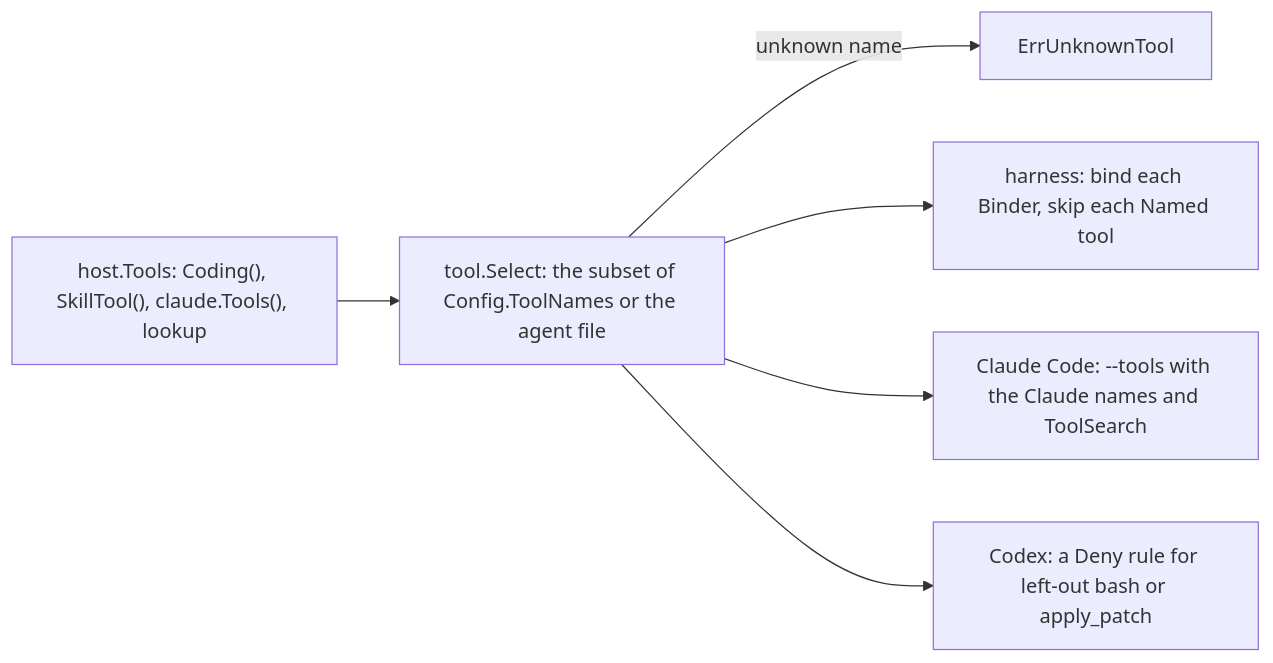
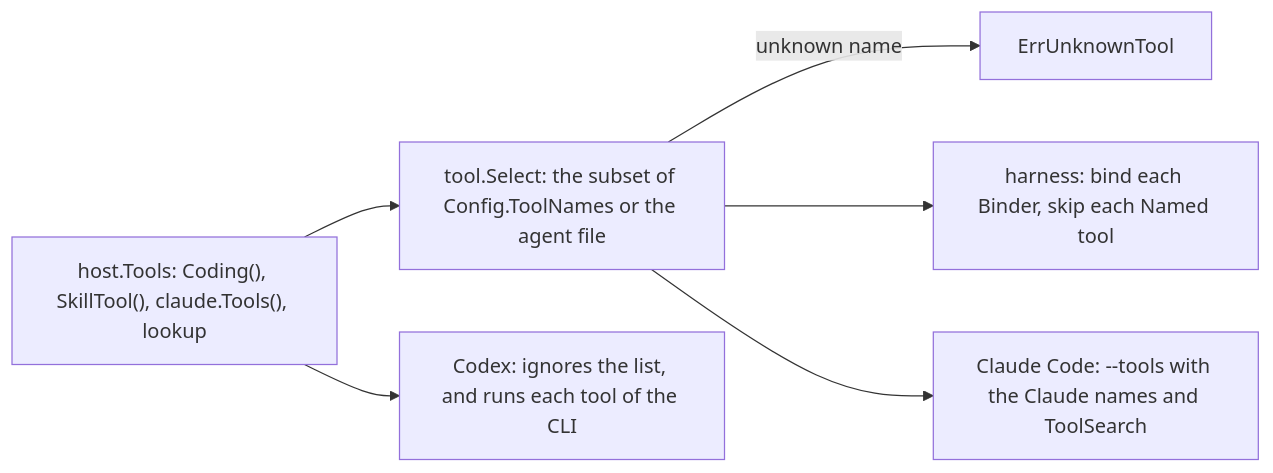
One commit to sonnes/gopi changed the diagram in docs/concepts/tool/tool-list.md. Above: the diagram before and after it, drawn with Mermaid. The commit also changed other lines of this file and 30 other files, not shown here.

Commit message:
codex: run no hook, and ignore the Hooks, the Deny rules, the Tools, and the ToolNames of the config, so a Codex agent needs no program other than codex

````diff
--- a/docs/concepts/tool/tool-list.md
+++ b/docs/concepts/tool/tool-list.md
@@ -15,10 +15,10 @@
 ```mermaid
 flowchart LR
   accTitle: How each driver reads one tool list
-  accDescr: The caller gives the full list. A config picks a subset by name, and Select fails on an unknown name. The harness binds and runs the tools, Claude Code gets the Claude names, and Codex denies each of its tools that the subset leaves out.
+  accDescr: The caller gives the full list. A config picks a subset by name, and Select fails on an unknown name. The harness binds and runs the tools, Claude Code gets the Claude names, and Codex ignores the list.
   list["host.Tools: Coding(), SkillTool(), claude.Tools(), lookup"] --> sel["tool.Select: the subset of Config.ToolNames or the agent file"]
   sel -- "unknown name" --> err["ErrUnknownTool"]
   sel --> h["harness: bind each Binder, skip each Named tool"]
   sel --> c["Claude Code: --tools with the Claude names and ToolSearch"]
-  sel --> x["Codex: a Deny rule for left-out bash or apply_patch"]
+  list --> x["Codex: ignores the list, and runs each tool of the CLI"]
 ```
````
